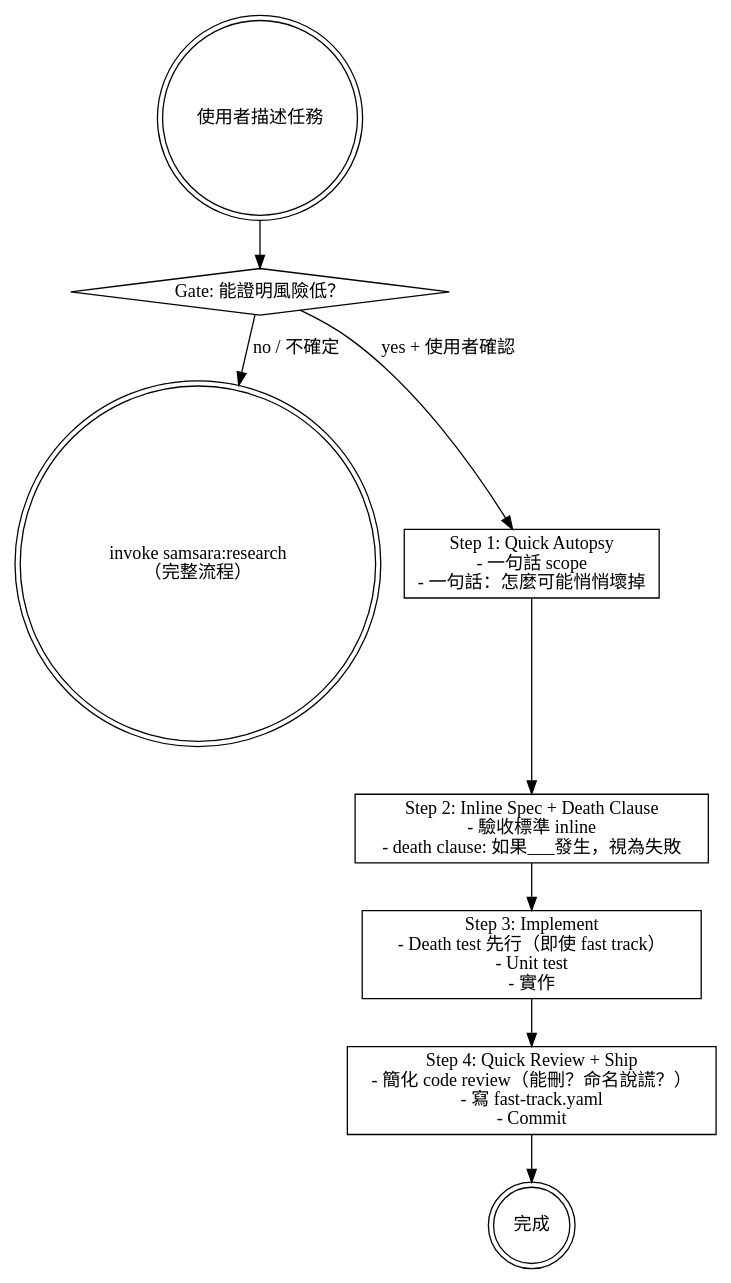
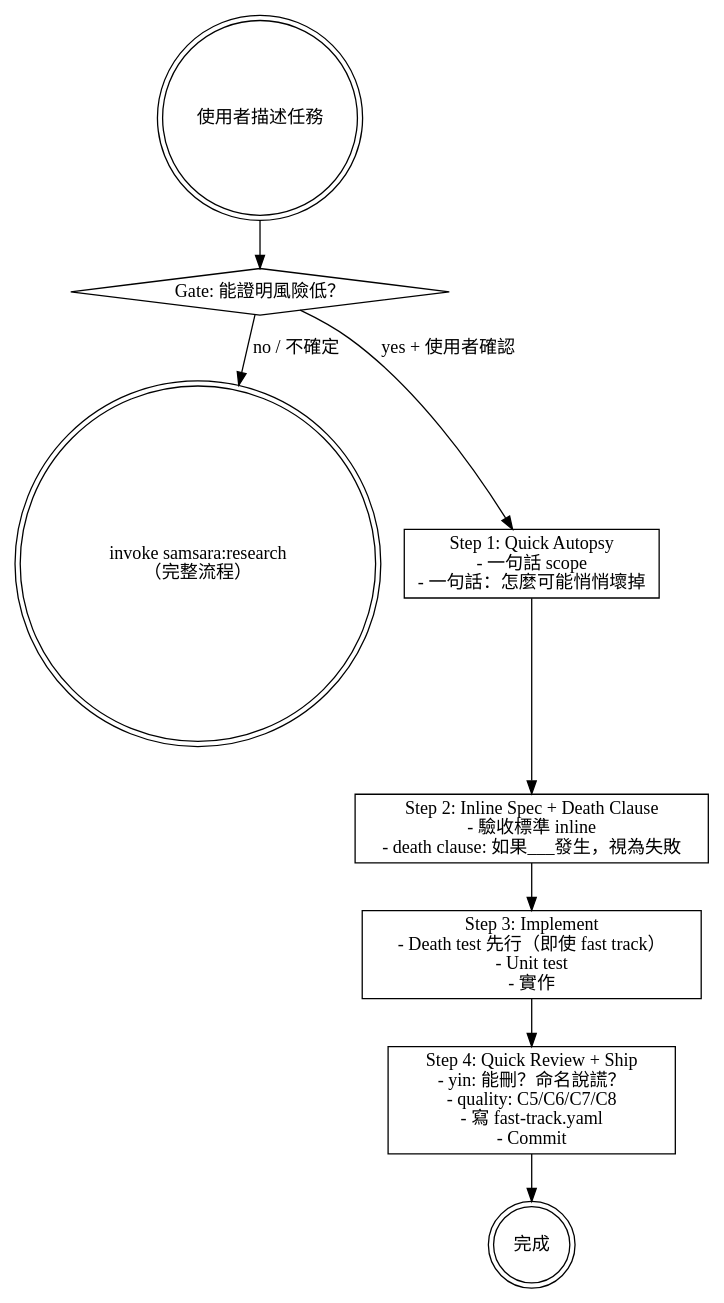
Before and after one commit to roymondliao/kaleidoscope-tools: the diagram in samsara/skills/fast-track/SKILL.md, drawn with Graphviz. The commit also changed other lines of this file and 25 other files, not shown here.

````diff
--- a/samsara/skills/fast-track/SKILL.md
+++ b/samsara/skills/fast-track/SKILL.md
@@ -33,22 +33,22 @@
 ```dot
 digraph fast_track {
     node [shape=box];
 
     start [label="使用者描述任務" shape=doublecircle];
     gate [label="Gate: 能證明風險低？" shape=diamond];
     full [label="invoke samsara:research\n（完整流程）" shape=doublecircle];
     autopsy [label="Step 1: Quick Autopsy\n- 一句話 scope\n- 一句話：怎麼可能悄悄壞掉"];
     spec [label="Step 2: Inline Spec + Death Clause\n- 驗收標準 inline\n- death clause: 如果___發生，視為失敗"];
     impl [label="Step 3: Implement\n- Death test 先行（即使 fast track）\n- Unit test\n- 實作"];
-    review [label="Step 4: Quick Review + Ship\n- 簡化 code review（能刪？命名說謊？）\n- 寫 fast-track.yaml\n- Commit"];
+    review [label="Step 4: Quick Review + Ship\n- yin: 能刪？命名說謊？\n- quality: C5/C6/C7/C8\n- 寫 fast-track.yaml\n- Commit"];
     done [label="完成" shape=doublecircle];
 
     start -> gate;
     gate -> full [label="no / 不確定"];
     gate -> autopsy [label="yes + 使用者確認"];
     autopsy -> spec;
     spec -> impl;
     impl -> review;
     review -> done;
 }
 ```
````
